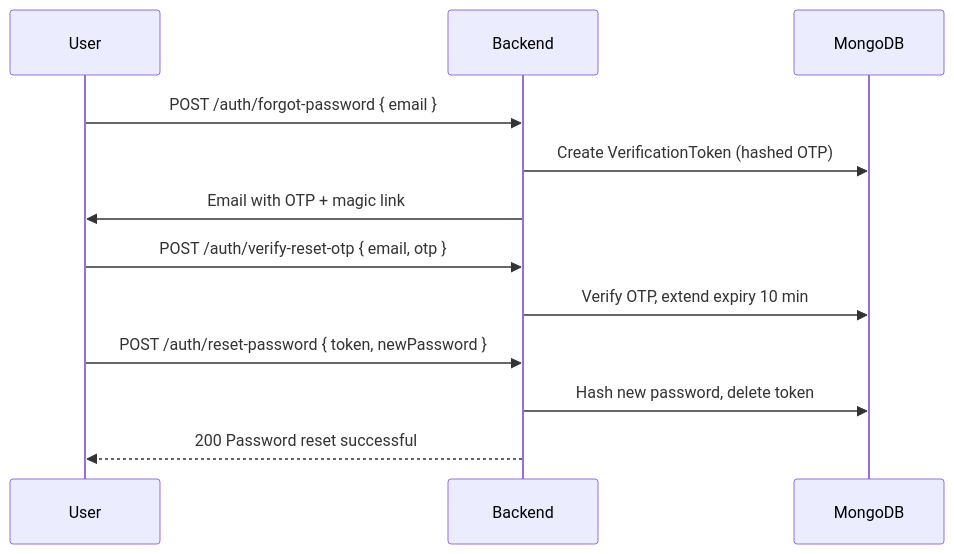
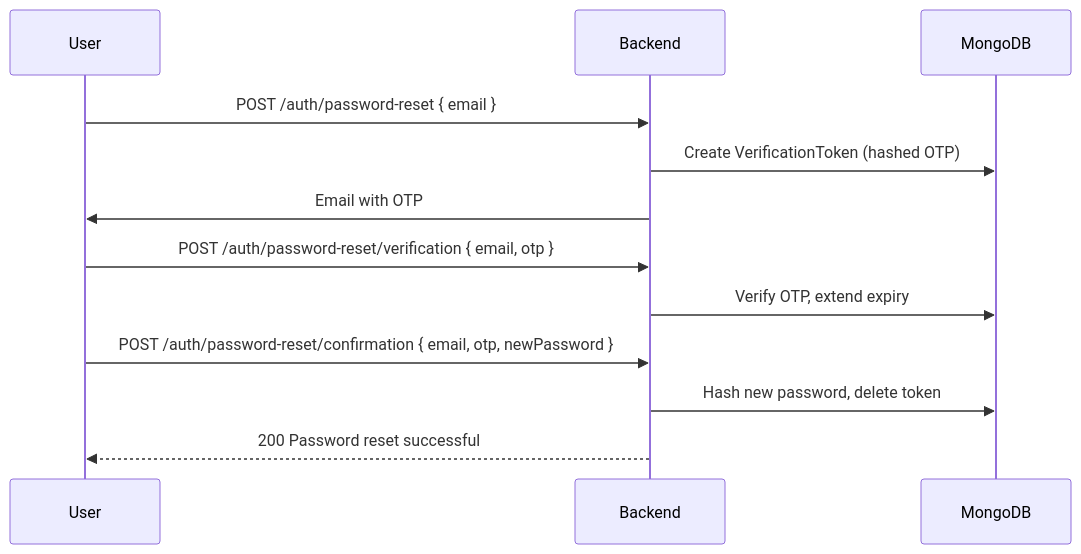
One commit to shamaps/Leap_Mentor_Orbit_backend changed the seventh of 7 diagrams in README.md. Above: the diagram before and after it, drawn with Mermaid. The commit also changed other lines of this file and 303 other files, not shown here.

````diff
--- a/README.md
+++ b/README.md
@@ -252,15 +269,15 @@
 ```mermaid
 sequenceDiagram
     participant U as User
     participant BE as Backend
     participant DB as MongoDB
 
-    U->>BE: POST /auth/forgot-password { email }
+    U->>BE: POST /auth/password-reset { email }
     BE->>DB: Create VerificationToken (hashed OTP)
-    BE->>U: Email with OTP + magic link
-    U->>BE: POST /auth/verify-reset-otp { email, otp }
-    BE->>DB: Verify OTP, extend expiry 10 min
-    U->>BE: POST /auth/reset-password { token, newPassword }
+    BE->>U: Email with OTP
+    U->>BE: POST /auth/password-reset/verification { email, otp }
+    BE->>DB: Verify OTP, extend expiry
+    U->>BE: POST /auth/password-reset/confirmation { email, otp, newPassword }
     BE->>DB: Hash new password, delete token
     BE-->>U: 200 Password reset successful
 ```
````
